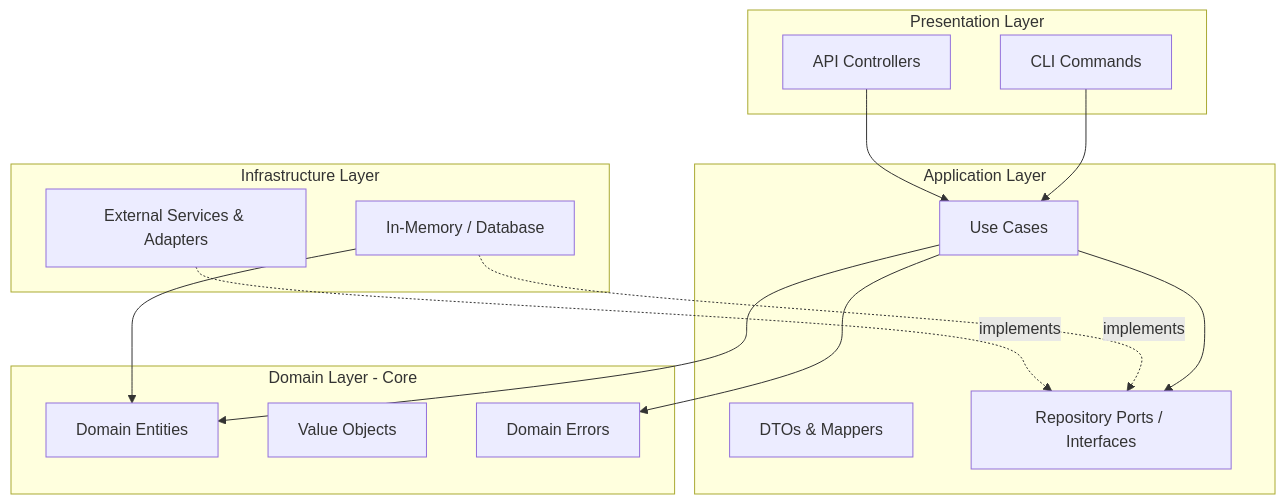
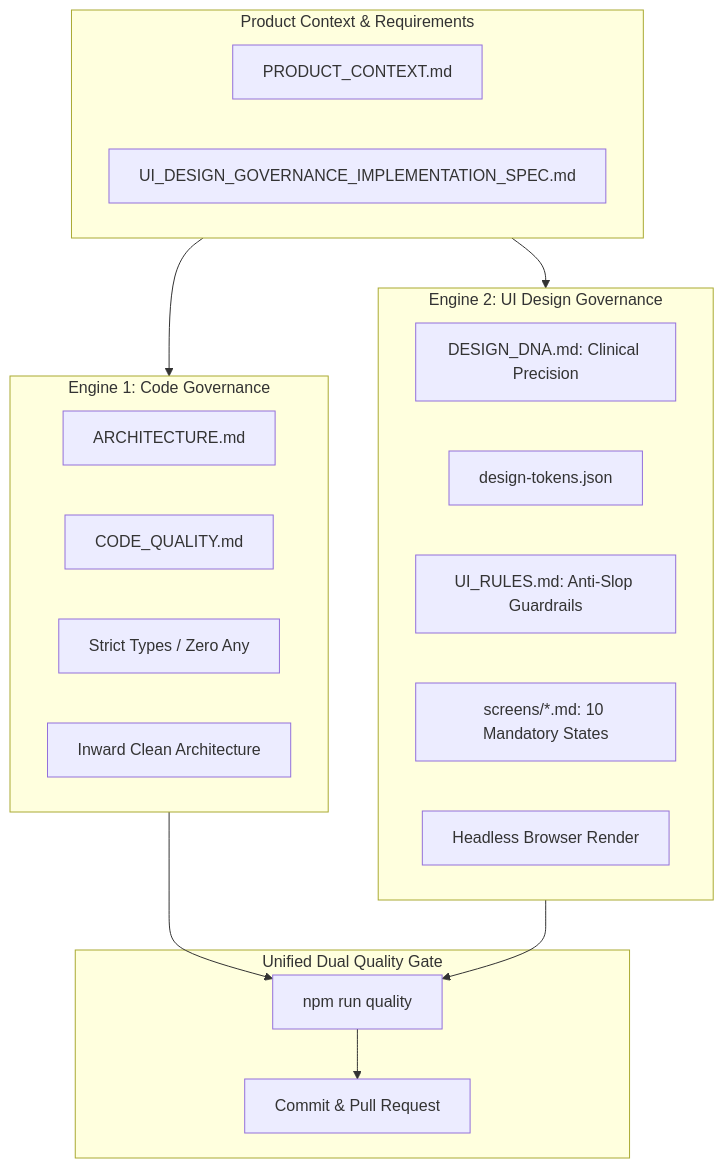
The diagram in .cursor/rules/vibe-governance.mdc (pinzhuo0905-rgb/vibe-coding-governance), drawn with Mermaid before and after one commit. The commit also changed other lines of this file and 39 other files, not shown here.

Commit message:
feat: implement AI UI Design Governance framework with dual-engine quality gates, anti-slop rules, and multi-viewport verification

````diff
--- a/.cursor/rules/vibe-governance.mdc
+++ b/.cursor/rules/vibe-governance.mdc
@@ -19,33 +19,33 @@
 ```mermaid
 flowchart TD
-    subgraph Presentation [Presentation Layer]
-        CLI[CLI Commands]
-        Controllers[API Controllers]
+    subgraph Requirement [Product Context & Requirements]
+        PC[PRODUCT_CONTEXT.md]
+        Spec[UI_DESIGN_GOVERNANCE_IMPLEMENTATION_SPEC.md]
     end
 
-    subgraph Application [Application Layer]
-        UseCases[Use Cases]
-        DTO[DTOs & Mappers]
-        Ports[Repository Ports / Interfaces]
+    subgraph CodeEngine [Engine 1: Code Governance]
+        Arch[ARCHITECTURE.md]
+        CQ[CODE_QUALITY.md]
+        Types[Strict Types / Zero Any]
+        Clean[Inward Clean Architecture]
     end
 
-    subgraph Domain [Domain Layer - Core]
-        Entities[Domain Entities]
-        ValueObjects[Value Objects]
-        DomainErrors[Domain Errors]
+    subgraph DesignEngine [Engine 2: UI Design Governance]
+        DNA[DESIGN_DNA.md: Clinical Precision]
+        Tokens[design-tokens.json]
+        Rules[UI_RULES.md: Anti-Slop Guardrails]
+        Screens[screens/*.md: 10 Mandatory States]
+        Browser[Headless Browser Render]
     end
 
-    subgraph Infrastructure [Infrastructure Layer]
-        Persistence[In-Memory / Database]
-        ExternalClients[External Services & Adapters]
+    subgraph QualityGate [Unified Dual Quality Gate]
+        Gate[npm run quality]
+        Pass[Commit & Pull Request]
     end
 
-    CLI --> UseCases
-    Controllers --> UseCases
-    UseCases --> Entities
-    UseCases --> Ports
-    UseCases --> DomainErrors
-    Persistence -.implements.-> Ports
-    ExternalClients -.implements.-> Ports
-    Persistence --> Entities
+    Requirement --> CodeEngine
+    Requirement --> DesignEngine
+    CodeEngine --> Gate
+    DesignEngine --> Gate
+    Gate --> Pass
 ```
````
